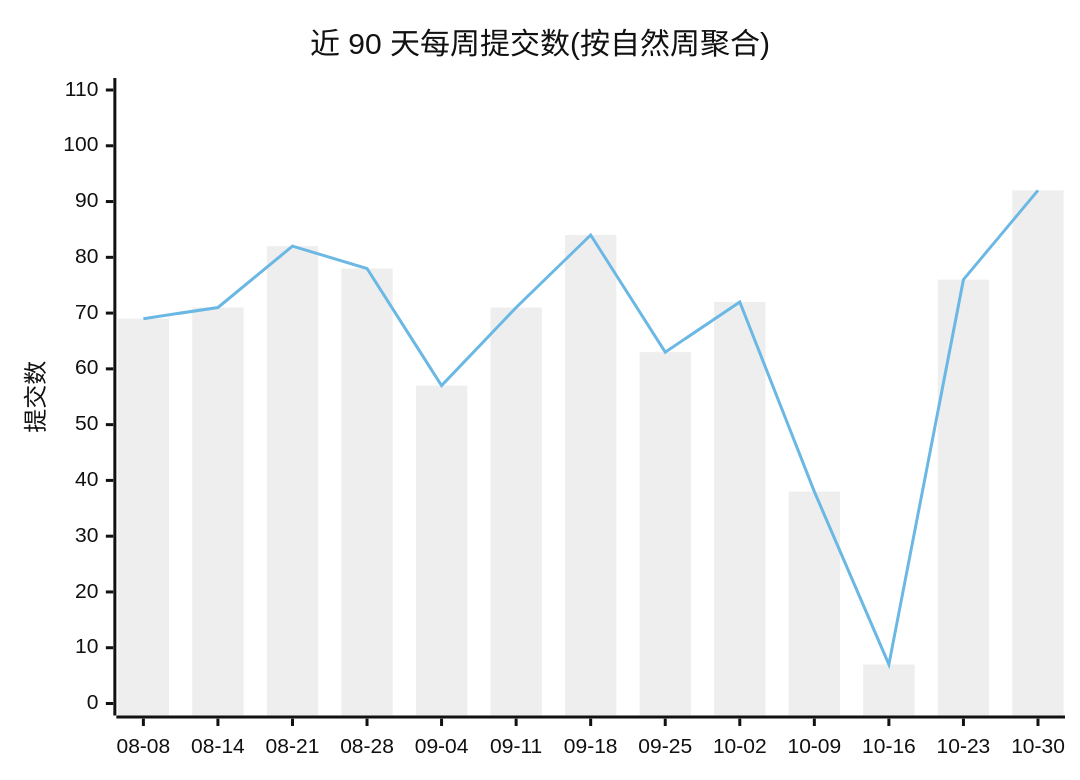
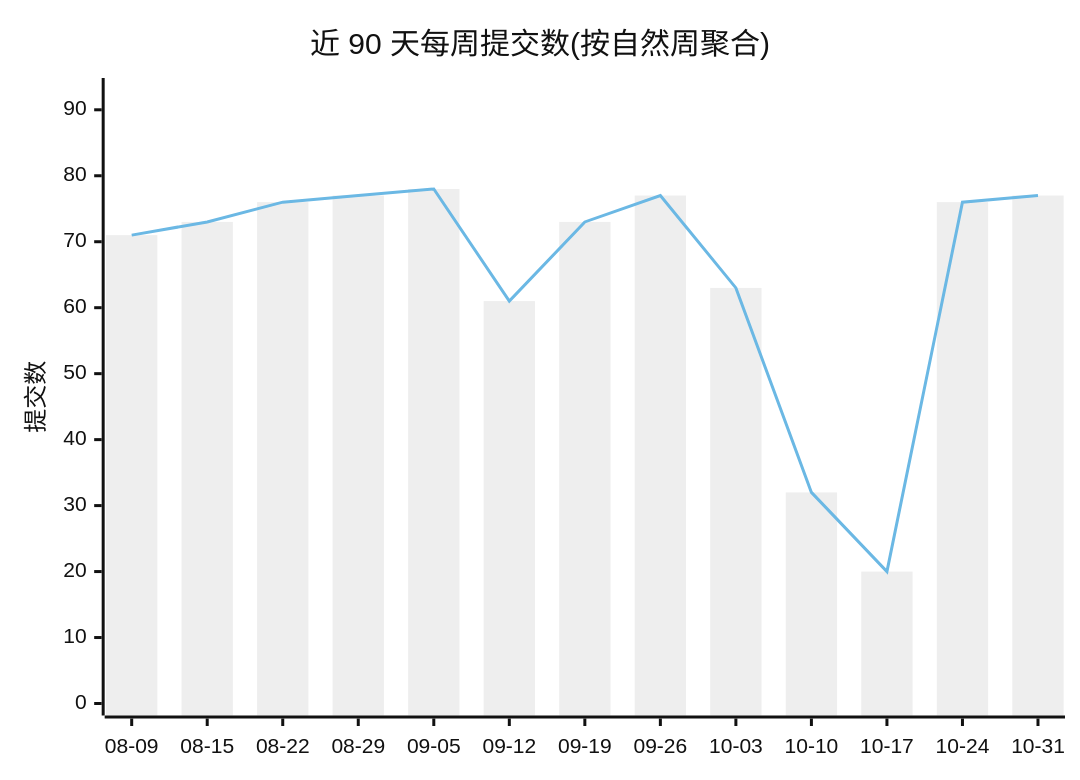
The first of 2 diagrams in profile/README.md (Conflux-Union/.github), drawn with Mermaid (neutral theme) before and after one commit. The commit also changed other lines of this file and 1 other file, not shown here.

````diff
--- a/profile/README.md
+++ b/profile/README.md
@@ -47,8 +47,8 @@
 ```mermaid
 xychart-beta
     title "近 90 天每周提交数(按自然周聚合)"
-    x-axis ["08-08", "08-14", "08-21", "08-28", "09-04", "09-11", "09-18", "09-25", "10-02", "10-09", "10-16", "10-23", "10-30"]
-    y-axis "提交数" 0 --> 110
-    bar [69, 71, 82, 78, 57, 71, 84, 63, 72, 38, 7, 76, 92]
-    line [69, 71, 82, 78, 57, 71, 84, 63, 72, 38, 7, 76, 92]
+    x-axis ["08-09", "08-15", "08-22", "08-29", "09-05", "09-12", "09-19", "09-26", "10-03", "10-10", "10-17", "10-24", "10-31"]
+    y-axis "提交数" 0 --> 93
+    bar [71, 73, 76, 77, 78, 61, 73, 77, 63, 32, 20, 76, 77]
+    line [71, 73, 76, 77, 78, 61, 73, 77, 63, 32, 20, 76, 77]
 ```
````
